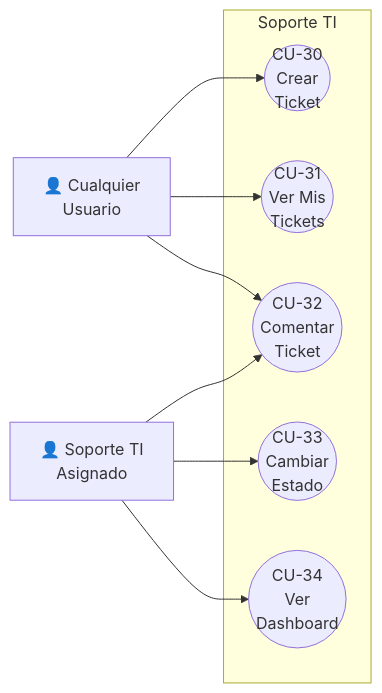
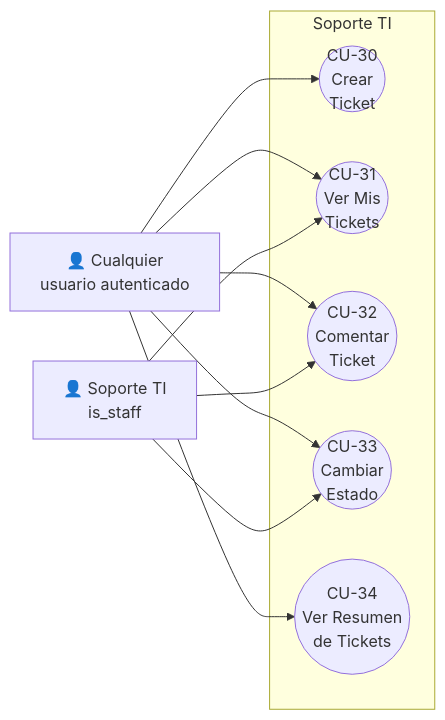
One commit to pccpegit/SYSPCCLOG changed diagram 19 of 25 in docs/01_Casos_de_Uso.md. Above: the diagram before and after it, drawn with Mermaid. The commit also changed other lines of this file and 42 other files, not shown here.

````diff
--- a/docs/01_Casos_de_Uso.md
+++ b/docs/01_Casos_de_Uso.md
@@ -745,20 +963,22 @@
 ```mermaid
 graph LR
-    USR[👤 Cualquier<br/>Usuario]
-    TI[👤 Soporte TI<br/>Asignado]
+    USR[👤 Cualquier<br/>usuario autenticado]
+    TI[👤 Soporte TI<br/>is_staff]
 
     subgraph "Soporte TI"
         CU30((CU-30<br/>Crear<br/>Ticket))
         CU31((CU-31<br/>Ver Mis<br/>Tickets))
         CU32((CU-32<br/>Comentar<br/>Ticket))
         CU33((CU-33<br/>Cambiar<br/>Estado))
-        CU34((CU-34<br/>Ver<br/>Dashboard))
+        CU34((CU-34<br/>Ver Resumen<br/>de Tickets))
     end
 
     USR --> CU30
     USR --> CU31
     USR --> CU32
+    USR --> CU33
+    USR --> CU34
+    TI --> CU31
     TI --> CU32
     TI --> CU33
-    TI --> CU34
 ```
````
